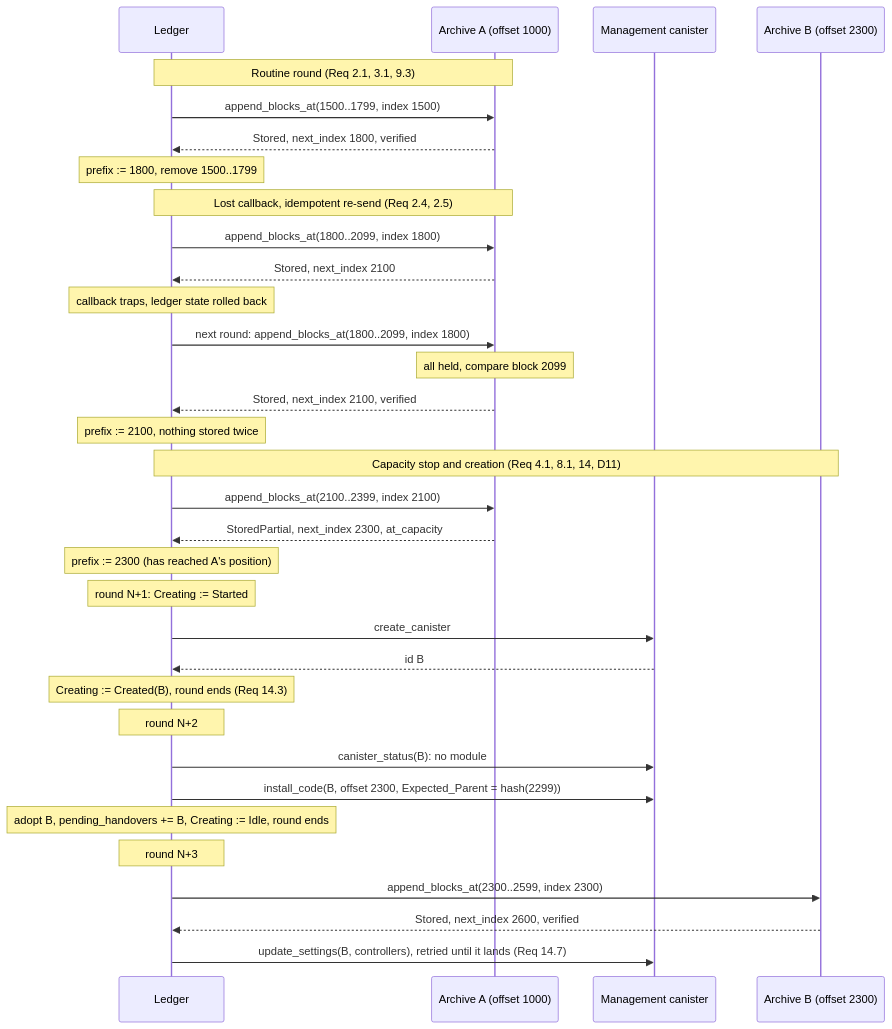
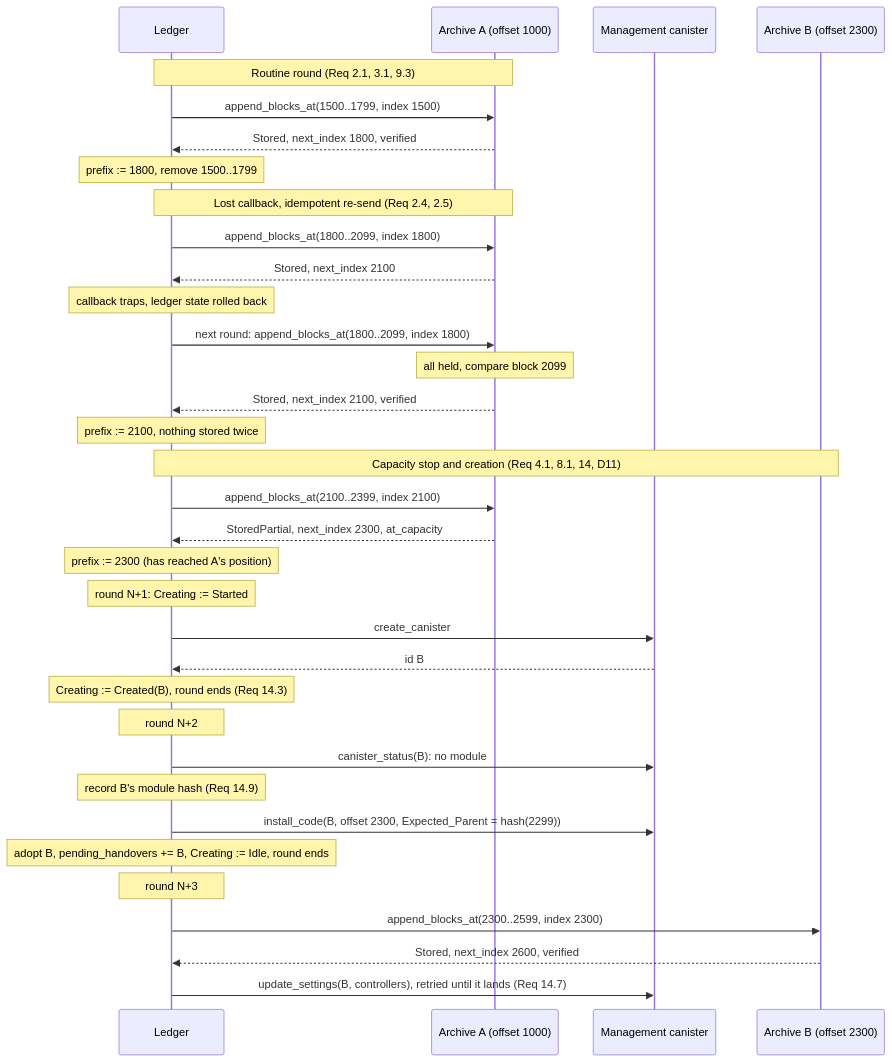
One commit to dfinity/ic changed the diagram in rs/ledger_suite/docs/spec-archive-chain-continuity/design.md. Above: the diagram before and after it, drawn with Mermaid. The commit also changed other lines of this file and 1 other file, not shown here.

First line of the commit message:
docs(ledger): record the intended module hash; rely on DEFI-1565 for the per-round count

````diff
--- a/rs/ledger_suite/docs/spec-archive-chain-continuity/design.md
+++ b/rs/ledger_suite/docs/spec-archive-chain-continuity/design.md
@@ -33,38 +33,39 @@
 ```mermaid
 sequenceDiagram
     participant L as Ledger
     participant A as Archive A (offset 1000)
     participant M as Management canister
     participant B as Archive B (offset 2300)
 
     Note over L,A: Routine round (Req 2.1, 3.1, 9.3)
     L->>A: append_blocks_at(1500..1799, index 1500)
     A-->>L: Stored, next_index 1800, verified
     Note over L: prefix := 1800, remove 1500..1799
 
     Note over L,A: Lost callback, idempotent re-send (Req 2.4, 2.5)
     L->>A: append_blocks_at(1800..2099, index 1800)
     A-->>L: Stored, next_index 2100
     Note over L: callback traps, ledger state rolled back
     L->>A: next round: append_blocks_at(1800..2099, index 1800)
     Note over A: all held, compare block 2099
     A-->>L: Stored, next_index 2100, verified
     Note over L: prefix := 2100, nothing stored twice
 
     Note over L,B: Capacity stop and creation (Req 4.1, 8.1, 14, D11)
     L->>A: append_blocks_at(2100..2399, index 2100)
     A-->>L: StoredPartial, next_index 2300, at_capacity
     Note over L: prefix := 2300 (has reached A's position)
     Note over L: round N+1: Creating := Started
     L->>M: create_canister
     M-->>L: id B
     Note over L: Creating := Created(B), round ends (Req 14.3)
     Note over L: round N+2
     L->>M: canister_status(B): no module
+    Note over L: record B's module hash (Req 14.9)
     L->>M: install_code(B, offset 2300, Expected_Parent = hash(2299))
     Note over L: adopt B, pending_handovers += B, Creating := Idle, round ends
     Note over L: round N+3
     L->>B: append_blocks_at(2300..2599, index 2300)
     B-->>L: Stored, next_index 2600, verified
     L->>M: update_settings(B, controllers), retried until it lands (Req 14.7)
 ```
````
